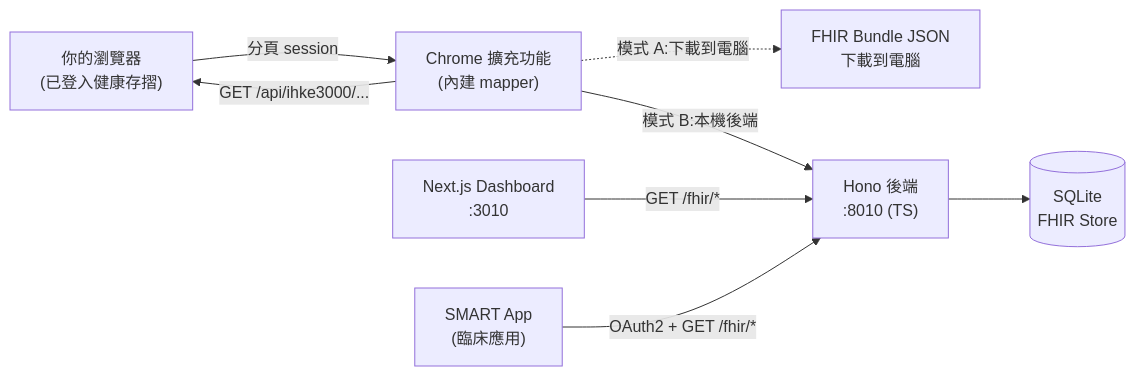
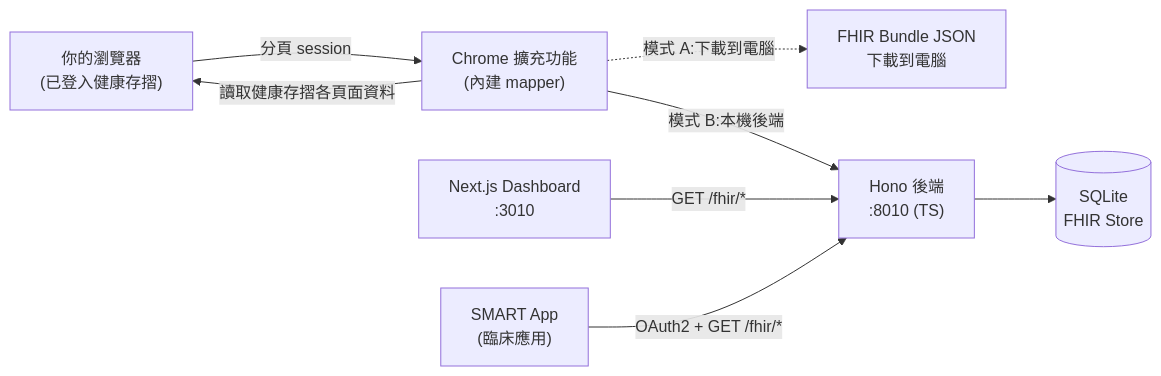
One commit to voho0000/NHI-FHIR-BRIDGE changed the diagram in README.md. Above: the diagram before and after it, drawn with Mermaid. The commit also changed other lines of this file, not shown here.

````diff
--- a/README.md
+++ b/README.md
@@ -39,18 +39,18 @@
 ```mermaid
 flowchart LR
   user["你的瀏覽器<br/>(已登入健康存摺)"]
   ext["Chrome 擴充功能<br/>(內建 mapper)"]
   file["FHIR Bundle JSON<br/>下載到電腦"]
   backend["Hono 後端<br/>:8010 (TS)"]
   db[("SQLite<br/>FHIR Store")]
   dash["Next.js Dashboard<br/>:3010"]
   smart["SMART App<br/>(臨床應用)"]
 
   user -->|分頁 session| ext
-  ext -->|GET /api/ihke3000/...| user
+  ext -->|讀取健康存摺各頁面資料| user
   ext -. 模式 A:下載到電腦 .-> file
   ext -- 模式 B:本機後端 --> backend
   backend --> db
   dash -->|GET /fhir/*| backend
   smart -->|OAuth2 + GET /fhir/*| backend
 ```
````
